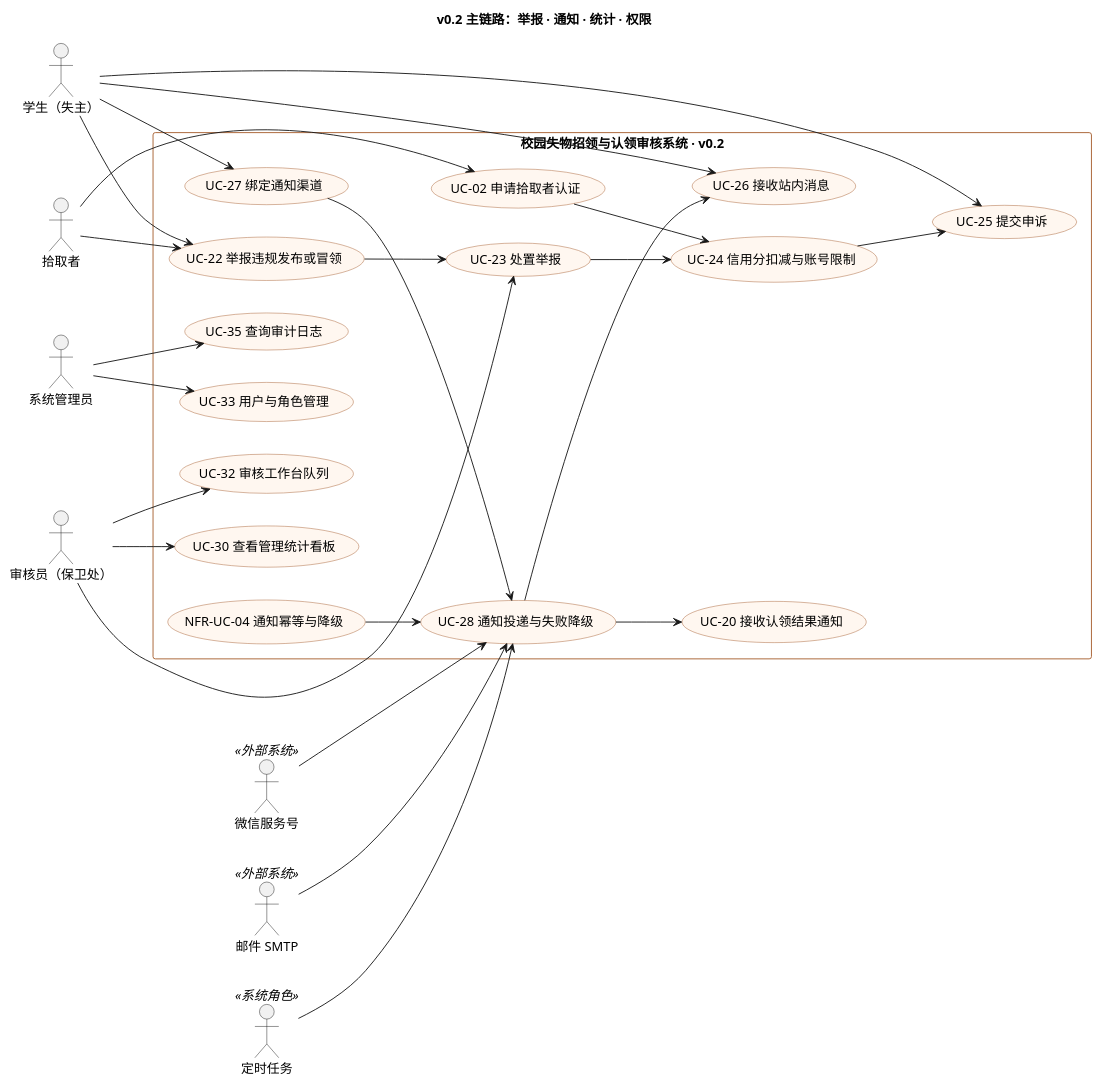
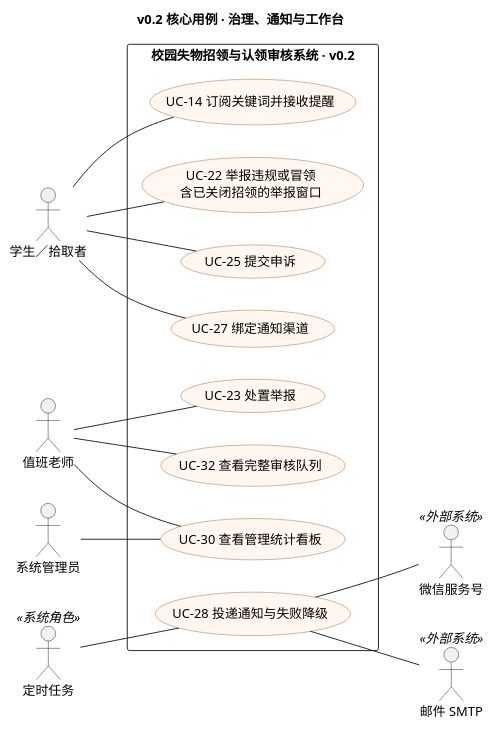
Before and after one commit to phao90016-jpg/Tongji-campus-lost-found: the diagram in models/usecase/usecase-v02.puml, drawn with PlantUML. The commit also changed 30 other files, not shown here.

Commit message:
docs: 修正用例图和通知时序图

```diff
--- a/models/usecase/usecase-v02.puml
+++ b/models/usecase/usecase-v02.puml
@@ -1,70 +1,41 @@
 @startuml usecase-v02
-' ============================================================
-' 校园失物招领与认领审核系统 · v0.2（迭代 2）主链路用例图
-' 主题：举报、通知、统计、权限
-' ============================================================
-title v0.2 主链路：举报 · 通知 · 统计 · 权限
-
+title v0.2 核心用例 · 治理、通知与工作台
+skinparam defaultFontName "PingFang SC"
 skinparam shadowing false
-skinparam defaultFontName "Microsoft YaHei"
 skinparam usecase {
   BackgroundColor #FFF7F0
   BorderColor #A65E2E
 }
-skinparam rectangle {
-  BackgroundColor #FFFFFF
-  BorderColor #A65E2E
-}
 left to right direction
 
-actor "学生（失主）" as STU
-actor "拾取者" as FINDER
-actor "审核员（保卫处）" as REVIEWER
+
+actor "学生／拾取者" as STU
+actor "值班老师" as REVIEWER
 actor "系统管理员" as ADMIN
 actor "定时任务" as SCHED <<系统角色>>
 actor "微信服务号" as WX <<外部系统>>
 actor "邮件 SMTP" as MAIL <<外部系统>>
 
 rectangle "校园失物招领与认领审核系统 · v0.2" {
-  usecase "UC-02 申请拾取者认证" as UC02
-  usecase "UC-20 接收认领结果通知" as UC20
-  usecase "UC-22 举报违规发布或冒领" as UC22
+  usecase "UC-14 订阅关键词并接收提醒" as UC14
+  usecase "UC-22 举报违规或冒领\n含已关闭招领的举报窗口" as UC22
   usecase "UC-23 处置举报" as UC23
-  usecase "UC-24 信用分扣减与账号限制" as UC24
   usecase "UC-25 提交申诉" as UC25
-  usecase "UC-26 接收站内消息" as UC26
   usecase "UC-27 绑定通知渠道" as UC27
-  usecase "UC-28 通知投递与失败降级" as UC28
+  usecase "UC-28 投递通知与失败降级" as UC28
   usecase "UC-30 查看管理统计看板" as UC30
-  usecase "UC-32 审核工作台队列" as UC32
-  usecase "UC-33 用户与角色管理" as UC33
-  usecase "UC-35 查询审计日志" as UC35
-  usecase "NFR-UC-04 通知幂等与降级" as NFR04
+  usecase "UC-32 查看完整审核队列" as UC32
 }
 
-STU --> UC22
-STU --> UC25
-STU --> UC26
-STU --> UC27
-FINDER --> UC02
-FINDER --> UC22
-REVIEWER --> UC23
-REVIEWER --> UC32
-REVIEWER --> UC30
-ADMIN --> UC33
-ADMIN --> UC35
-SCHED --> UC28
-
-UC02 --> UC24
-UC22 --> UC23
-UC23 --> UC24
-UC24 --> UC25
-UC27 --> UC28
-UC28 --> UC20
-UC28 --> UC26
-
-WX --> UC28
-MAIL --> UC28
-NFR04 --> UC28
-
+STU -- UC14
+STU -- UC22
+STU -- UC25
+STU -- UC27
+REVIEWER -- UC23
+REVIEWER -- UC30
+REVIEWER -- UC32
+ADMIN -- UC30
+SCHED -- UC28
+UC28 -- WX
+UC28 -- MAIL
 @enduml
```
